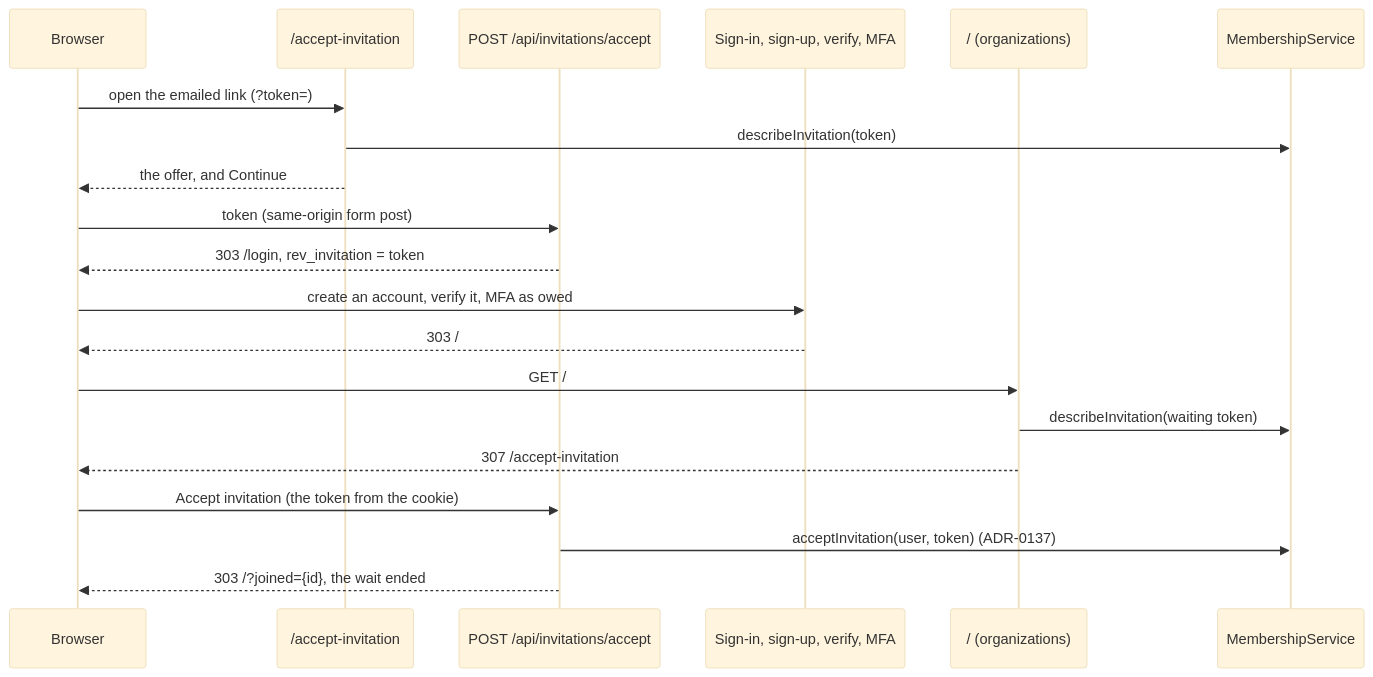
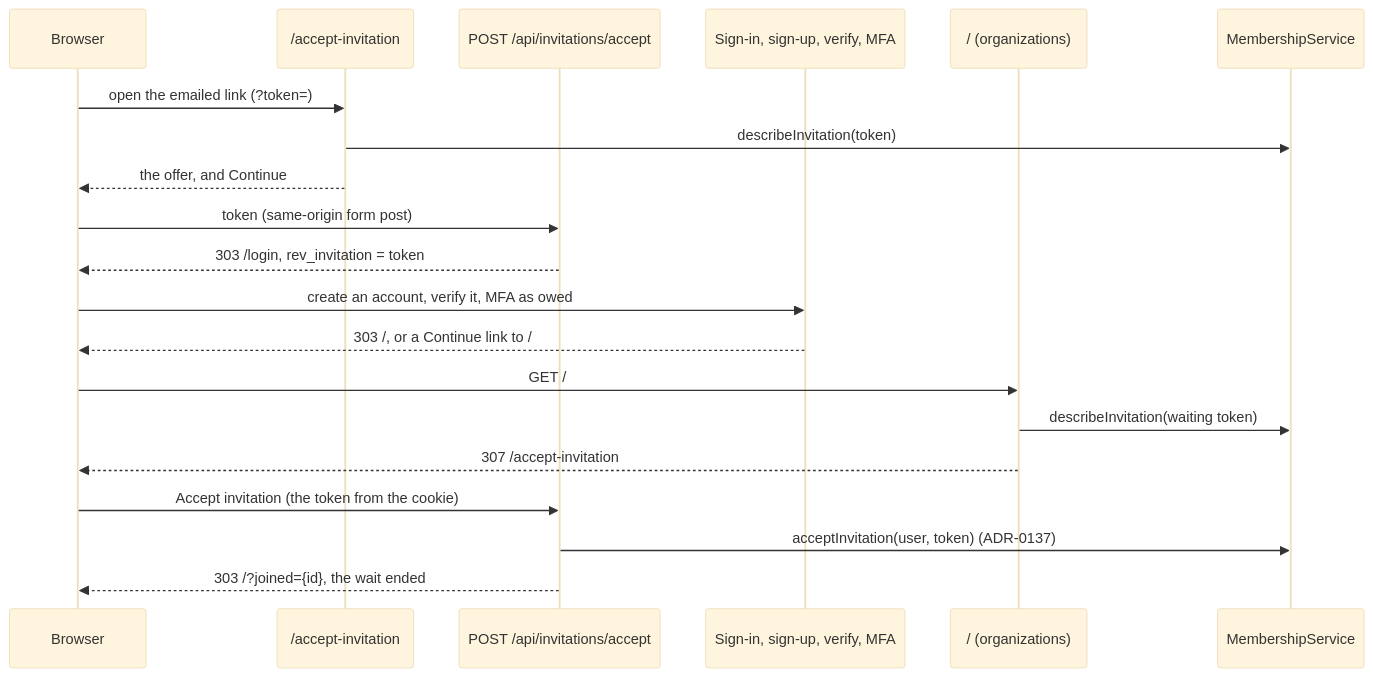
Before and after one commit to TakeTouhu/Real-Estate-Listing-Concept-Video: the diagram in docs/api-changes-at-7b.md, drawn with Mermaid (base theme). The commit also changed other lines of this file and 5 other files, not shown here.

````diff
--- a/docs/api-changes-at-7b.md
+++ b/docs/api-changes-at-7b.md
@@ -78,22 +80,22 @@
 ```mermaid
 sequenceDiagram
     participant B as Browser
     participant P as /accept-invitation
     participant A as POST /api/invitations/accept
     participant L as Sign-in, sign-up, verify, MFA
     participant O as / (organizations)
     participant S as MembershipService
     B->>P: open the emailed link (?token=)
     P->>S: describeInvitation(token)
     P-->>B: the offer, and Continue
     B->>A: token (same-origin form post)
     A-->>B: 303 /login, rev_invitation = token
     B->>L: create an account, verify it, MFA as owed
-    L-->>B: 303 /
+    L-->>B: 303 /, or a Continue link to /
     B->>O: GET /
     O->>S: describeInvitation(waiting token)
     O-->>B: 307 /accept-invitation
     B->>A: Accept invitation (the token from the cookie)
     A->>S: acceptInvitation(user, token) (ADR-0137)
     A-->>B: 303 /?joined={id}, the wait ended
 ```
````
